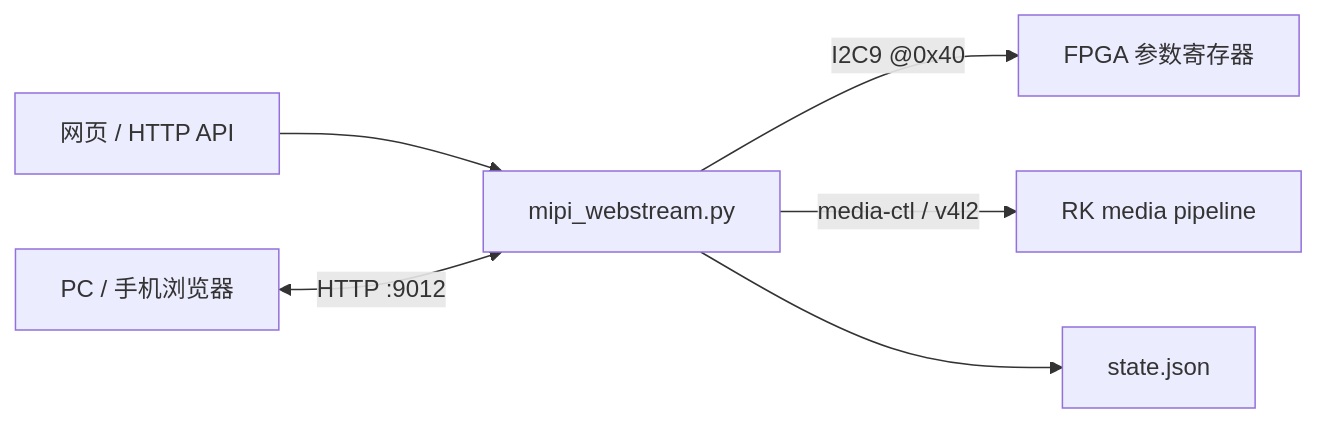
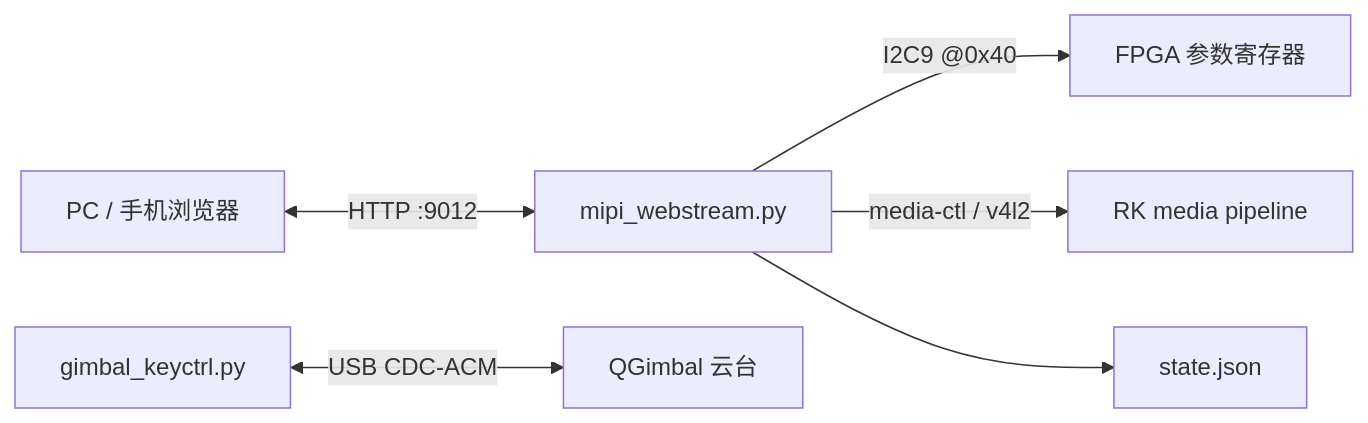
The third of 3 diagrams in README.md (SHIKE888/CPA-Cloud-Patrol-Alarm), drawn with Mermaid before and after one commit. The commit also changed other lines of this file, not shown here.

Commit message:
docs: 架构图改为三行回绕并新增全系统结构框图; 去掉 S 形回绕字样

````diff
--- a/README.md
+++ b/README.md
@@ -115,8 +198,8 @@
 ```mermaid
 flowchart LR
-    WEB["网页 / HTTP API"] --> SVC["mipi_webstream.py"]
+    CLIENT["PC / 手机浏览器"] <-->|HTTP :9012| SVC["mipi_webstream.py"]
     SVC -->|I2C9 @0x40| FPGA["FPGA 参数寄存器"]
     SVC -->|media-ctl / v4l2| PIPE["RK media pipeline"]
     SVC --> STATE["state.json"]
-    CLIENT["PC / 手机浏览器"] <-->|HTTP :9012| SVC
+    GCTRL["gimbal_keyctrl.py"] <-->|USB CDC-ACM| GIM["QGimbal 云台"]
 ```
````
